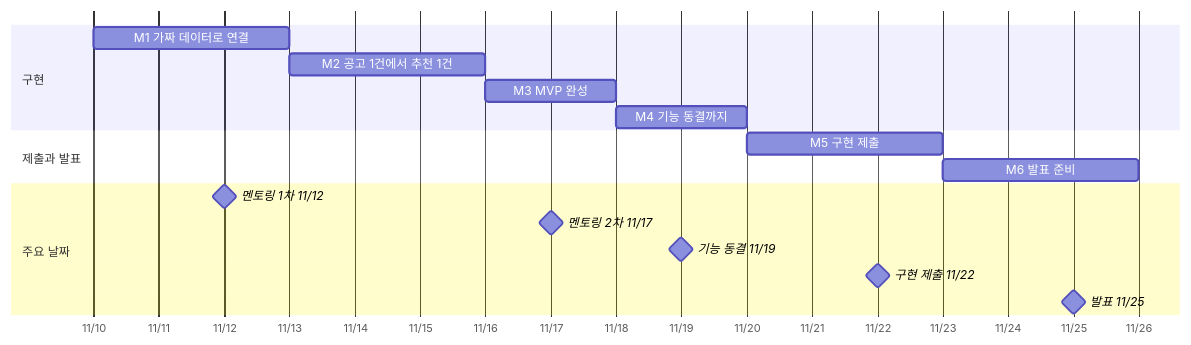
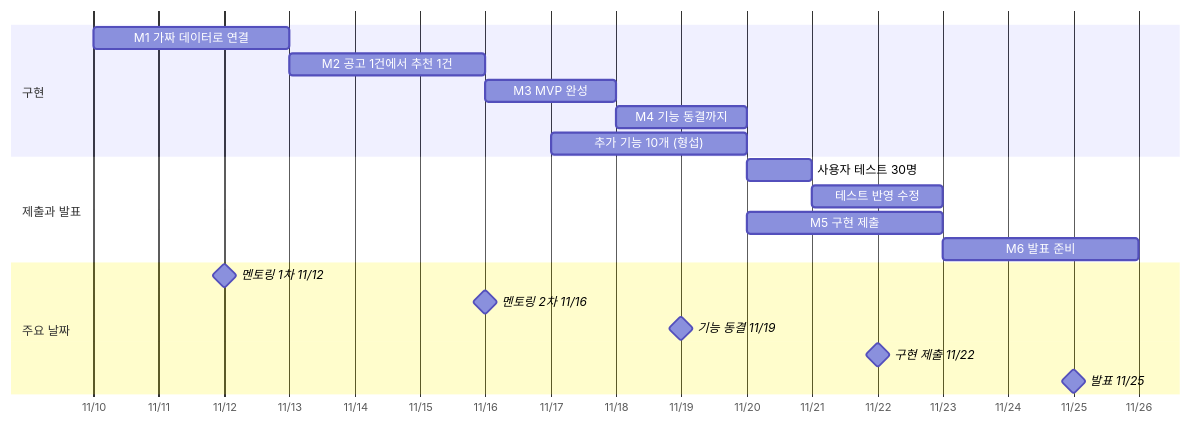
Before and after one commit to Sungsim-Metro/skillpath-ai: the diagram in docs/wbs.md, drawn with Mermaid. The commit also changed other lines of this file and 2 other files, not shown here.

````diff
--- a/docs/wbs.md
+++ b/docs/wbs.md
@@ -22,20 +22,23 @@
 ```mermaid
 gantt
     dateFormat YYYY-MM-DD
     axisFormat %m/%d
     tickInterval 1day
     section 구현
     M1 가짜 데이터로 연결      :m1, 2026-11-10, 2026-11-13
     M2 공고 1건에서 추천 1건    :m2, 2026-11-13, 2026-11-16
     M3 MVP 완성               :m3, 2026-11-16, 2026-11-18
     M4 기능 동결까지           :m4, 2026-11-18, 2026-11-20
+    추가 기능 10개 (형섭)       :add, 2026-11-17, 2026-11-20
     section 제출과 발표
+    사용자 테스트 30명          :ut, 2026-11-20, 2026-11-21
+    테스트 반영 수정            :fix, 2026-11-21, 2026-11-23
     M5 구현 제출              :m5, 2026-11-20, 2026-11-23
     M6 발표 준비              :m6, 2026-11-23, 2026-11-26
     section 주요 날짜
     멘토링 1차 11/12          :milestone, 2026-11-12, 0d
-    멘토링 2차 11/17          :milestone, 2026-11-17, 0d
+    멘토링 2차 11/16          :milestone, 2026-11-16, 0d
     기능 동결 11/19           :milestone, 2026-11-19, 0d
     구현 제출 11/22           :milestone, 2026-11-22, 0d
     발표 11/25               :milestone, 2026-11-25, 0d
 ```
````
